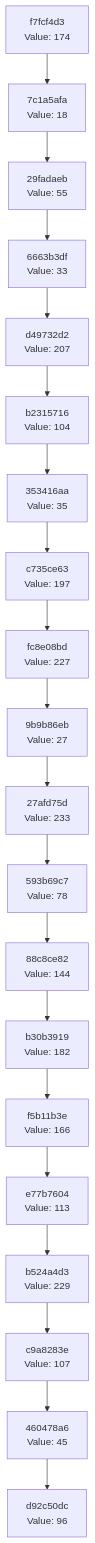
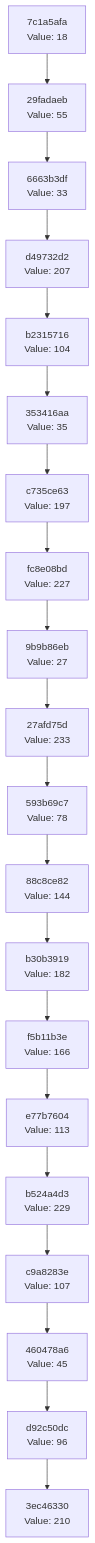
The diagram in docs/CHAIN_VISUALIZATION.md (Abhisheksinha1506/hash-chain-evolver), drawn with Mermaid before and after one commit. The commit also changed 3 other files, not shown here.

````diff
--- a/docs/CHAIN_VISUALIZATION.md
+++ b/docs/CHAIN_VISUALIZATION.md
@@ -3,42 +3,42 @@
 ```mermaid
 graph TD
-    C0["d92c50dc<br/>Value: 96"]
-    C1["460478a6<br/>Value: 45"]
+    C0["3ec46330<br/>Value: 210"]
+    C1["d92c50dc<br/>Value: 96"]
     C1 --> C0
-    C2["c9a8283e<br/>Value: 107"]
+    C2["460478a6<br/>Value: 45"]
     C2 --> C1
-    C3["b524a4d3<br/>Value: 229"]
+    C3["c9a8283e<br/>Value: 107"]
     C3 --> C2
-    C4["e77b7604<br/>Value: 113"]
+    C4["b524a4d3<br/>Value: 229"]
     C4 --> C3
-    C5["f5b11b3e<br/>Value: 166"]
+    C5["e77b7604<br/>Value: 113"]
     C5 --> C4
-    C6["b30b3919<br/>Value: 182"]
+    C6["f5b11b3e<br/>Value: 166"]
     C6 --> C5
-    C7["88c8ce82<br/>Value: 144"]
+    C7["b30b3919<br/>Value: 182"]
     C7 --> C6
-    C8["593b69c7<br/>Value: 78"]
+    C8["88c8ce82<br/>Value: 144"]
     C8 --> C7
-    C9["27afd75d<br/>Value: 233"]
+    C9["593b69c7<br/>Value: 78"]
     C9 --> C8
-    C10["9b9b86eb<br/>Value: 27"]
+    C10["27afd75d<br/>Value: 233"]
     C10 --> C9
-    C11["fc8e08bd<br/>Value: 227"]
+    C11["9b9b86eb<br/>Value: 27"]
     C11 --> C10
-    C12["c735ce63<br/>Value: 197"]
+    C12["fc8e08bd<br/>Value: 227"]
     C12 --> C11
-    C13["353416aa<br/>Value: 35"]
+    C13["c735ce63<br/>Value: 197"]
     C13 --> C12
-    C14["b2315716<br/>Value: 104"]
+    C14["353416aa<br/>Value: 35"]
     C14 --> C13
-    C15["d49732d2<br/>Value: 207"]
+    C15["b2315716<br/>Value: 104"]
     C15 --> C14
-    C16["6663b3df<br/>Value: 33"]
+    C16["d49732d2<br/>Value: 207"]
     C16 --> C15
-    C17["29fadaeb<br/>Value: 55"]
+    C17["6663b3df<br/>Value: 33"]
     C17 --> C16
-    C18["7c1a5afa<br/>Value: 18"]
+    C18["29fadaeb<br/>Value: 55"]
     C18 --> C17
-    C19["f7fcf4d3<br/>Value: 174"]
+    C19["7c1a5afa<br/>Value: 18"]
     C19 --> C18
 ```
````
